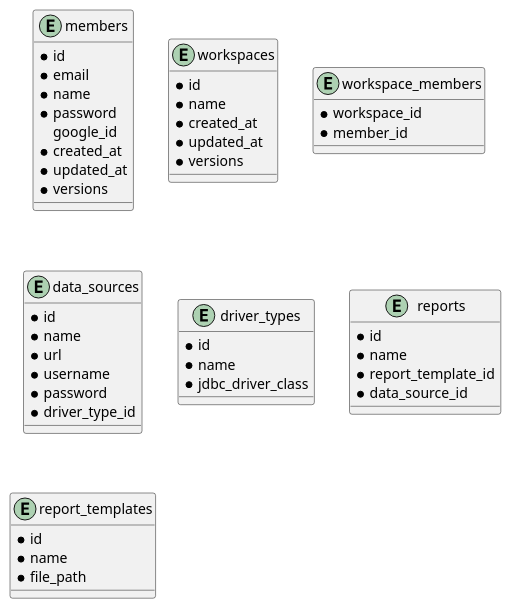
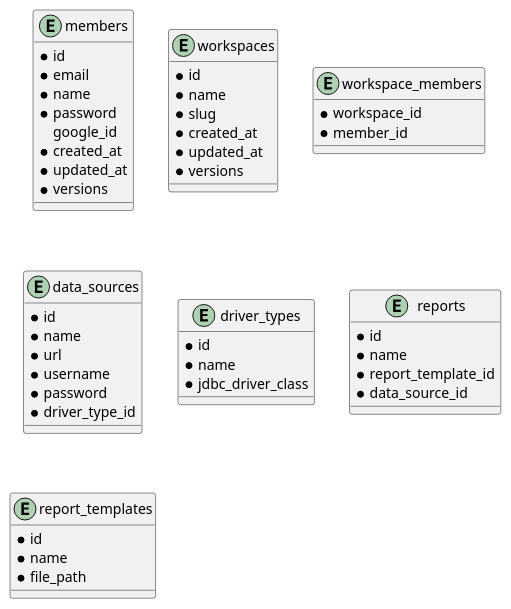
Before and after one commit to ijufumi/openreports-api: the diagram in docs/db/diagram.puml, drawn with PlantUML.

Commit message:
Add slug column.

```diff
--- a/docs/db/diagram.puml
+++ b/docs/db/diagram.puml
@@ -1,55 +1,56 @@
 @startuml
 
 entity members {
   * id
   * email
   * name
   * password
     google_id
   * created_at
   * updated_at
   * versions
 }
 
 entity workspaces {
   * id
   * name
+  * slug
   * created_at
   * updated_at
   * versions
 }
 
 entity workspace_members {
   * workspace_id
   * member_id
 }
 
 entity data_sources {
   * id
   * name
   * url
   * username
   * password
   * driver_type_id
 }
 
 entity driver_types {
   * id
   * name
   * jdbc_driver_class
 }
 
 entity reports {
   * id
   * name
   * report_template_id
   * data_source_id
 }
 
 entity report_templates {
   * id
   * name
   * file_path
 }
 
 @enduml
```
